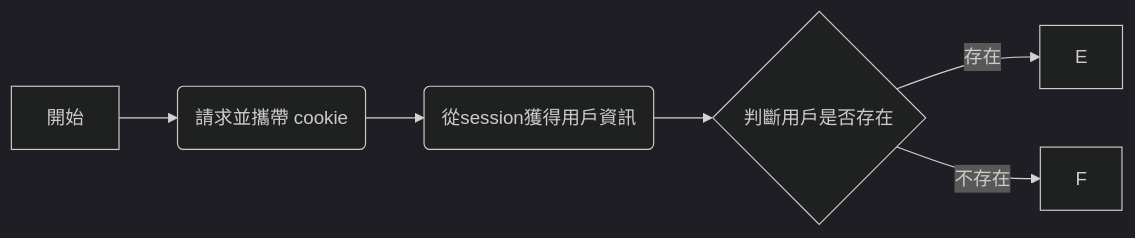
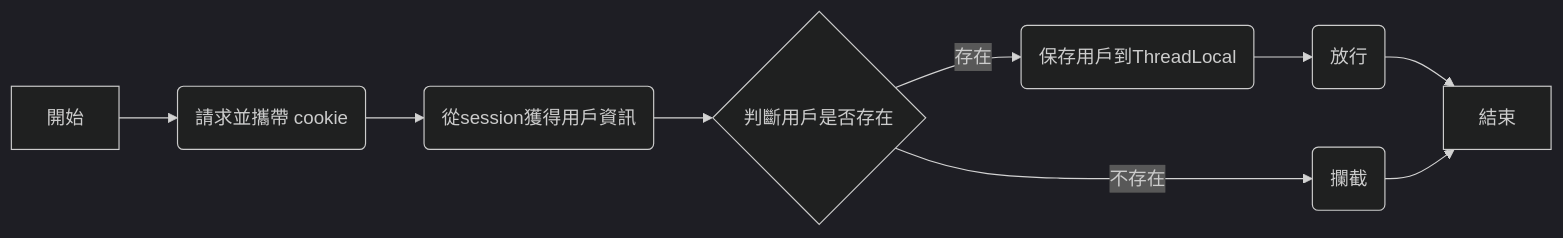
One commit to martinez-chen/obsidian changed the fifth of 6 diagrams in obsidian-vault/1-Fleeting/簡訊登入.md. Above: the diagram before and after it, drawn with Mermaid (dark theme). The commit also changed other lines of this file and 1 other file, not shown here.

````diff
--- a/obsidian-vault/1-Fleeting/簡訊登入.md
+++ b/obsidian-vault/1-Fleeting/簡訊登入.md
@@ -33,10 +65,12 @@
 	```mermaid 
 	graph LR 
 	
 	A[開始] --> B(請求並攜帶 cookie)
 		B --> C(從session獲得用戶資訊)
 		C -->  D{判斷用戶是否存在}
-		D --> |存在|E
-		D --> |不存在| F
-		
+		D --> |存在|E(保存用戶到ThreadLocal)
+		E --> G(放行)
+		D --> |不存在| F(攔截)
+		G --> H[結束]
+		F --> H[結束]
 	```
````
